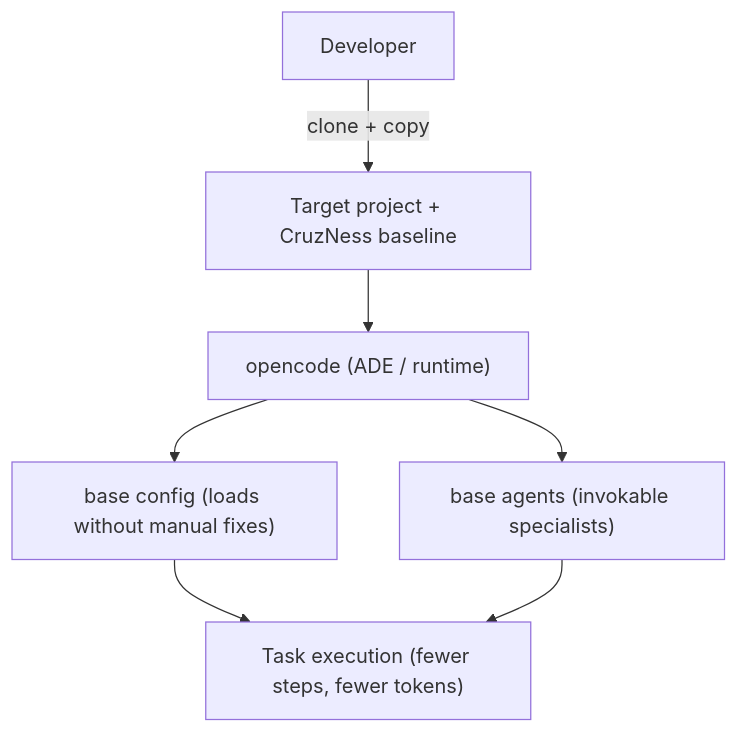
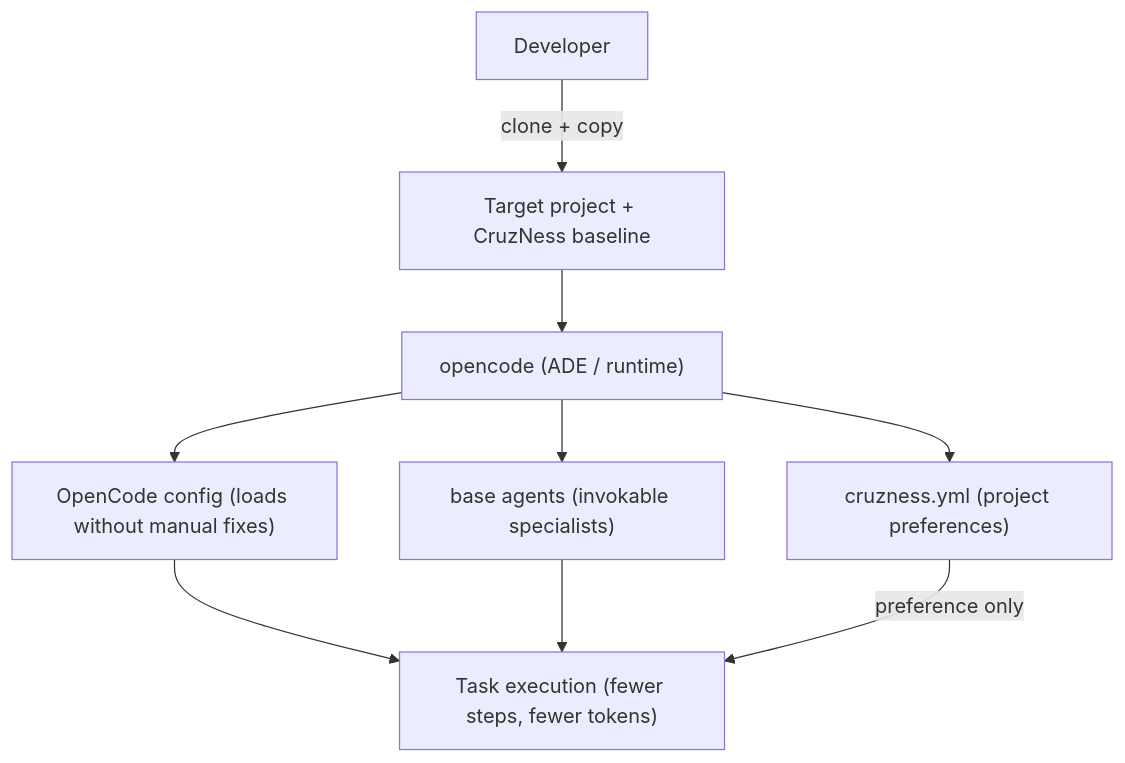
The diagram in ARCHITECTURE.md (javizuurc/cruzness), drawn with Mermaid before and after one commit. The commit also changed other lines of this file and 4 other files, not shown here.

Commit message:
feat(architecture): update architecture documentation to include OpenCode config and project preferences

````diff
--- a/ARCHITECTURE.md
+++ b/ARCHITECTURE.md
@@ -13,9 +13,11 @@
 ```mermaid
 flowchart TD
   Dev[Developer] -->|clone + copy| Target["Target project + CruzNess baseline"]
   Target --> Runtime["opencode (ADE / runtime)"]
-  Runtime --> Config["base config (loads without manual fixes)"]
+  Runtime --> Config["OpenCode config (loads without manual fixes)"]
+  Runtime --> Cruzness["cruzness.yml (project preferences)"]
   Runtime --> Agents["base agents (invokable specialists)"]
   Config --> Task["Task execution (fewer steps, fewer tokens)"]
   Agents --> Task
+  Cruzness -->|preference only| Task
 ```
````
